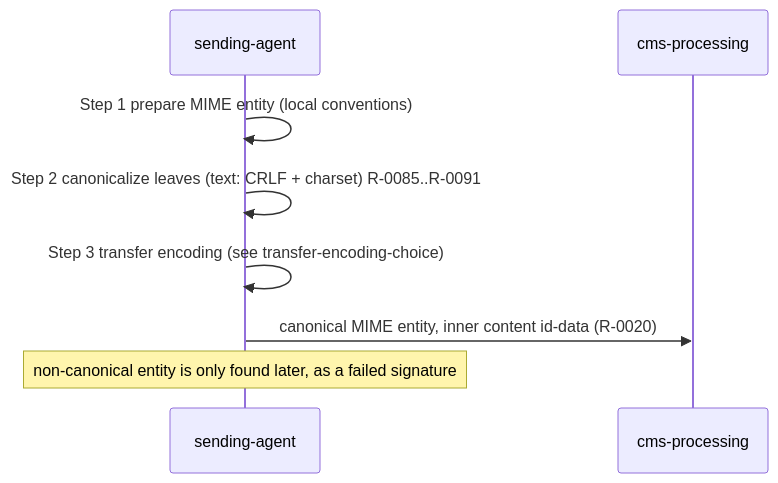
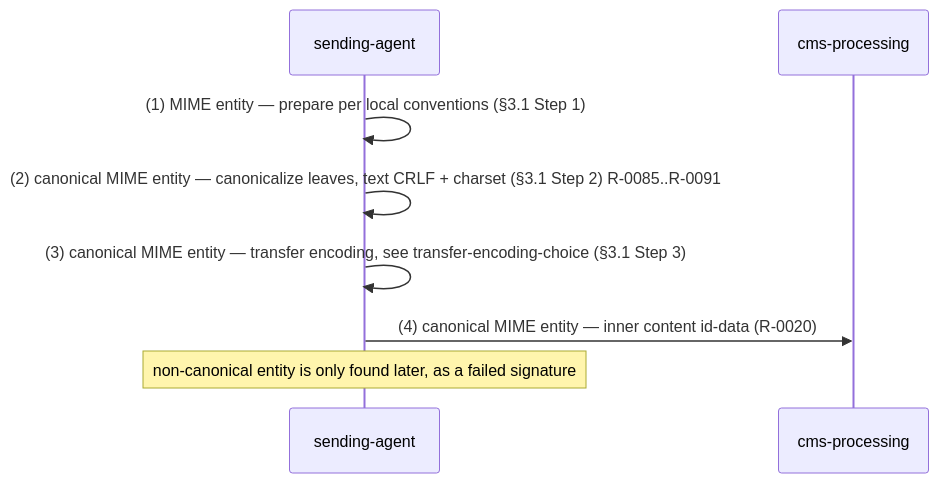
The first of 28 diagrams in records/ietf/rfc-8551/distilled/protocol.md (m-of-n/library), drawn with Mermaid before and after one commit. The commit also changed other lines of this file and 10 other files, not shown here.

````diff
--- a/records/ietf/rfc-8551/distilled/protocol.md
+++ b/records/ietf/rfc-8551/distilled/protocol.md
@@ -70,10 +72,10 @@
 ```mermaid
 sequenceDiagram
   participant SA as sending-agent
   participant CMS as cms-processing
-  SA->>SA: Step 1 prepare MIME entity (local conventions)
-  SA->>SA: Step 2 canonicalize leaves (text: CRLF + charset) R-0085..R-0091
-  SA->>SA: Step 3 transfer encoding (see transfer-encoding-choice)
-  SA->>CMS: canonical MIME entity, inner content id-data (R-0020)
+  SA->>SA: (1) MIME entity — prepare per local conventions (§3.1 Step 1)
+  SA->>SA: (2) canonical MIME entity — canonicalize leaves, text CRLF + charset (§3.1 Step 2) R-0085..R-0091
+  SA->>SA: (3) canonical MIME entity — transfer encoding, see transfer-encoding-choice (§3.1 Step 3)
+  SA->>CMS: (4) canonical MIME entity — inner content id-data (R-0020)
   Note over SA: non-canonical entity is only found later, as a failed signature
 ```
````
